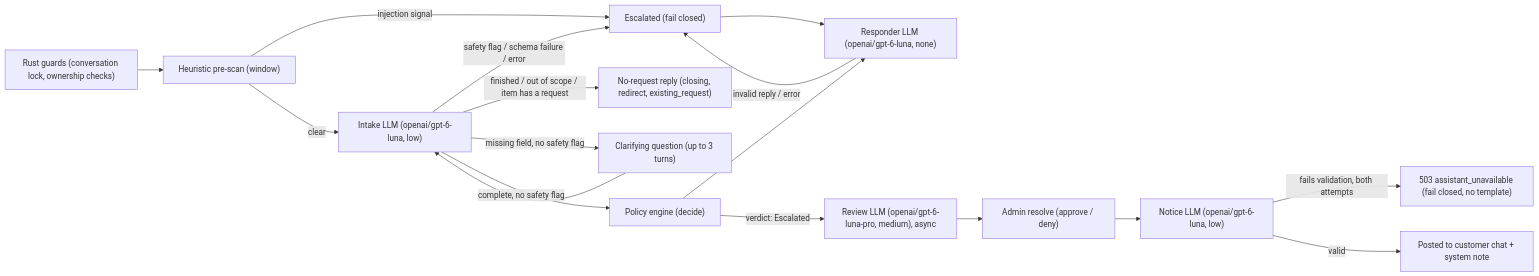
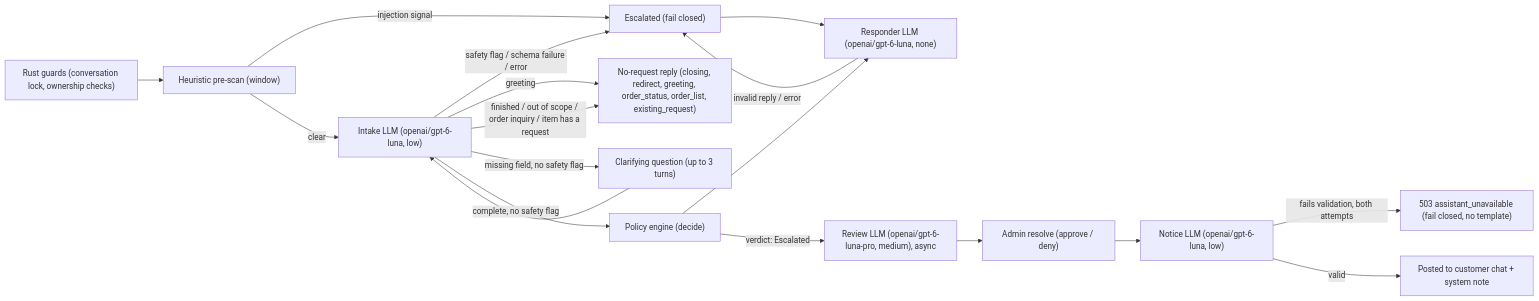
The first of 2 diagrams in README.md (allwelldotdev/wn-refund-ai), drawn with Mermaid before and after one commit. The commit also changed other lines of this file and 2 other files, not shown here.

First line of the commit message:
docs: add 0.8.0, ADR-049 and README for order questions

````diff
--- a/README.md
+++ b/README.md
@@ -86,19 +86,20 @@
 ```mermaid
 flowchart LR
     guards["Rust guards (conversation lock, ownership checks)"] --> prescan["Heuristic pre-scan (window)"]
     prescan -- "injection signal" --> escalated["Escalated (fail closed)"]
     prescan -- "clear" --> intake["Intake LLM (openai/gpt-6-luna, low)"]
     intake -- "safety flag / schema failure / error" --> escalated
-    intake -- "finished / out of scope / item has a request" --> noreq["No-request reply (closing, redirect, existing_request)"]
+    intake -- "greeting" --> noreq["No-request reply (closing, redirect, greeting, order_status, order_list, existing_request)"]
+    intake -- "finished / out of scope / order inquiry / item has a request" --> noreq
     intake -- "missing field, no safety flag" --> clarify["Clarifying question (up to 3 turns)"]
     clarify --> intake
     intake -- "complete, no safety flag" --> policy["Policy engine (decide)"]
     policy --> responder["Responder LLM (openai/gpt-6-luna, none)"]
     responder -- "invalid reply / error" --> escalated
     escalated --> responder
     policy -- "verdict: Escalated" --> review["Review LLM (openai/gpt-6-luna-pro, medium), async"]
     review --> adminresolve["Admin resolve (approve / deny)"]
     adminresolve --> notice["Notice LLM (openai/gpt-6-luna, low)"]
     notice -- "fails validation, both attempts" --> unavailable["503 assistant_unavailable (fail closed, no template)"]
     notice -- "valid" --> customer["Posted to customer chat + system note"]
 ```
````
